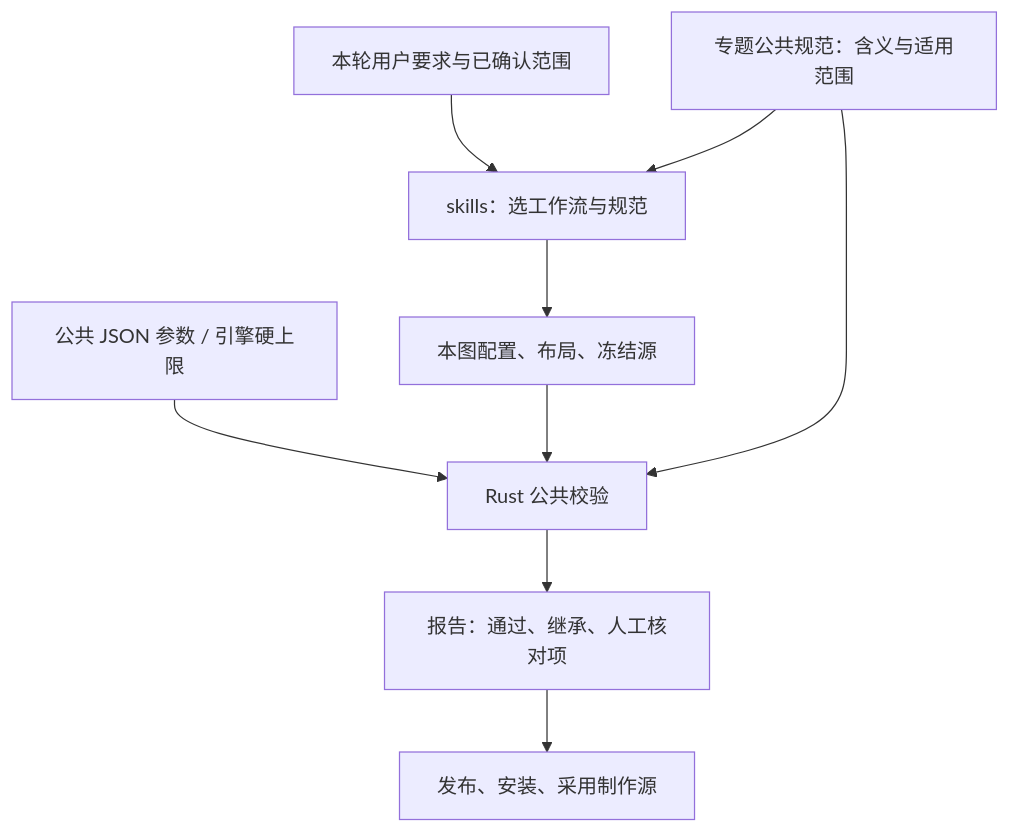
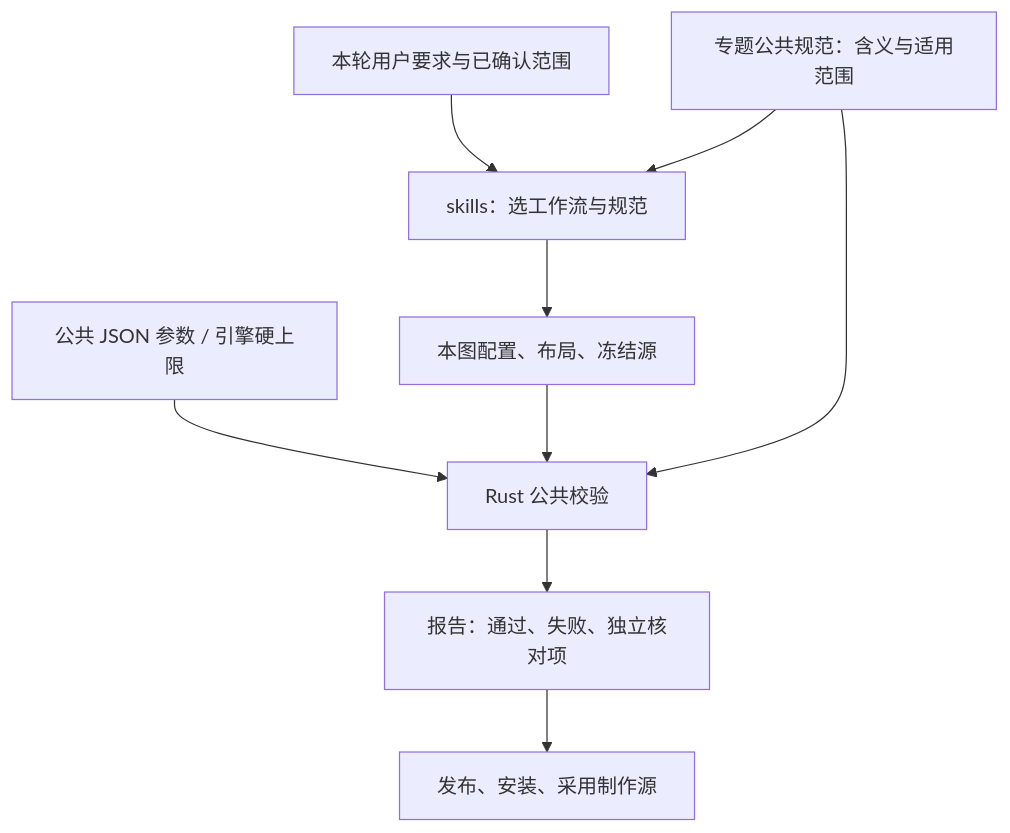
The diagram in docs/map_rules.md (cherrol/ra3-maps-generator), drawn with Mermaid before and after one commit. The commit also changed other lines of this file and 143 other files, not shown here.

````diff
--- a/docs/map_rules.md
+++ b/docs/map_rules.md
@@ -7,11 +7,11 @@
 ```mermaid
 flowchart TD
   U[本轮用户要求与已确认范围] --> S[skills：选工作流与规范]
   N[专题公共规范：含义与适用范围] --> S
   P[公共 JSON 参数 / 引擎硬上限] --> C[Rust 公共校验]
   M[本图配置、布局、冻结源] --> C
   S --> M
   N --> C
-  C --> R[报告：通过、继承、人工核对项]
+  C --> R[报告：通过、失败、独立核对项]
   R --> D[发布、安装、采用制作源]
 ```
````
